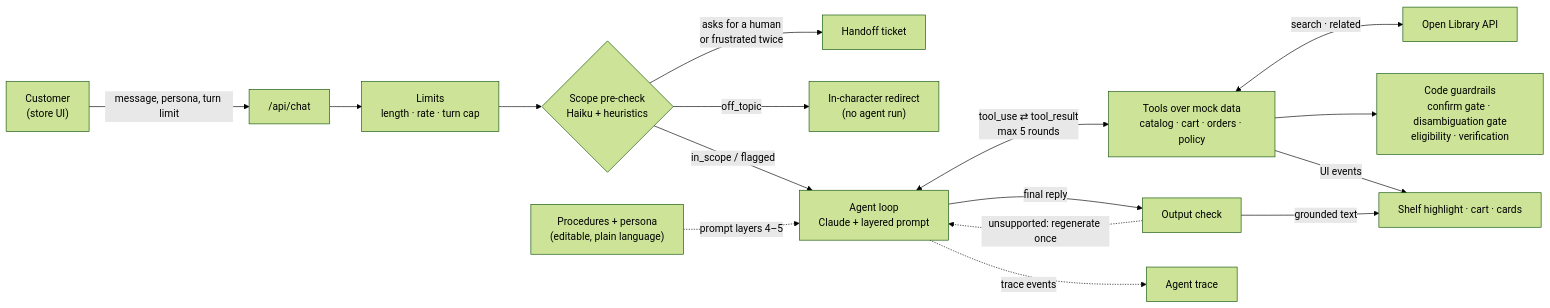
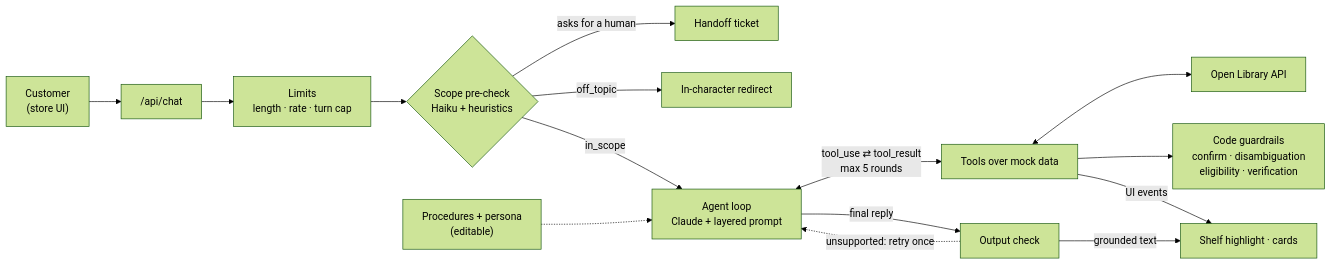
One commit to kduckets/bookly-demo changed the diagram in README.md. Above: the diagram before and after it, drawn with Mermaid (forest theme). The commit also changed other lines of this file, not shown here.

````diff
--- a/README.md
+++ b/README.md
@@ -24,18 +26,17 @@
 ```mermaid
 flowchart LR
-  U["Customer<br/>(store UI)"] -->|"message, persona, turn limit"| API["/api/chat"]
+  U["Customer<br/>(store UI)"] --> API["/api/chat"]
   API --> L["Limits<br/>length · rate · turn cap"]
   L --> P{"Scope pre-check<br/>Haiku + heuristics"}
-  P -- "asks for a human<br/>or frustrated twice" --> H["Handoff ticket"]
-  P -- "off_topic" --> R["In-character redirect<br/>(no agent run)"]
-  P -- "in_scope / flagged" --> A["Agent loop<br/>Claude + layered prompt"]
-  PR["Procedures + persona<br/>(editable, plain language)"] -.->|"prompt layers 4–5"| A
-  A <-->|"tool_use ⇄ tool_result<br/>max 5 rounds"| T["Tools over mock data<br/>catalog · cart · orders · policy"]
-  T <-->|"search · related"| OL["Open Library API"]
-  T --> G["Code guardrails<br/>confirm gate · disambiguation gate<br/>eligibility · verification"]
-  T -->|"UI events"| UI["Shelf highlight · cart · cards"]
+  P -- "asks for a human" --> H["Handoff ticket"]
+  P -- "off_topic" --> R["In-character redirect"]
+  P -- "in_scope" --> A["Agent loop<br/>Claude + layered prompt"]
+  PR["Procedures + persona<br/>(editable)"] -.-> A
+  A <-->|"tool_use ⇄ tool_result<br/>max 5 rounds"| T["Tools over mock data"]
+  T <--> OL["Open Library API"]
+  T --> G["Code guardrails<br/>confirm · disambiguation<br/>eligibility · verification"]
+  T -->|"UI events"| UI["Shelf highlight · cards"]
   A -->|"final reply"| OC["Output check"]
   OC -->|"grounded text"| UI
-  OC -. "unsupported: regenerate once" .-> A
-  A -.->|"trace events"| TR["Agent trace"]
+  OC -. "unsupported: retry once" .-> A
 ```
````
